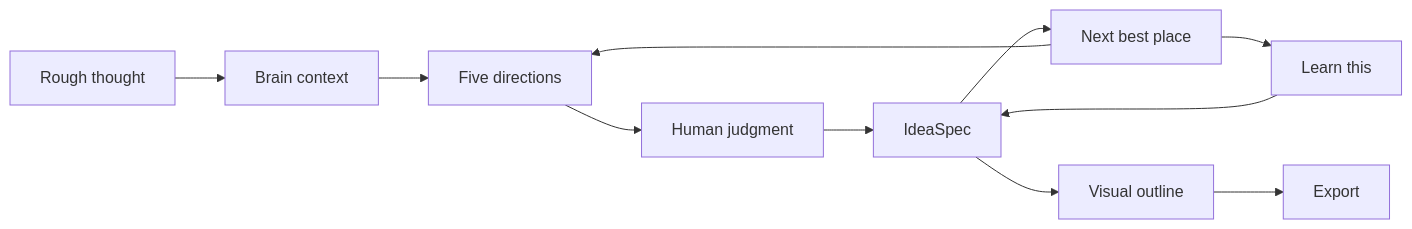
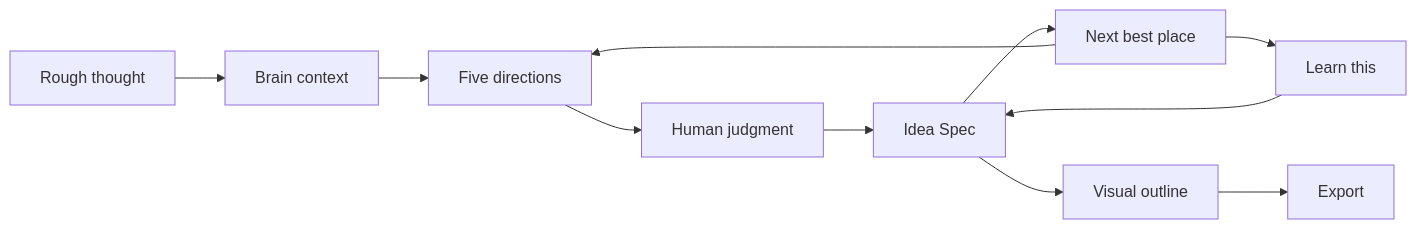
Before and after one commit to picturesuo/Penny: the diagram in docs/penny-create-operating-outline.md, drawn with Mermaid. The commit also changed other lines of this file, not shown here.

````diff
--- a/docs/penny-create-operating-outline.md
+++ b/docs/penny-create-operating-outline.md
@@ -55,13 +55,13 @@
 ```mermaid
 flowchart LR
   A["Rough thought"] --> B["Brain context"]
   B --> C["Five directions"]
   C --> D["Human judgment"]
-  D --> E["IdeaSpec"]
+  D --> E["Idea Spec"]
   E --> F["Next best place"]
   F --> C
   F --> G["Learn this"]
   G --> E
   E --> H["Visual outline"]
   H --> I["Export"]
 ```
````
